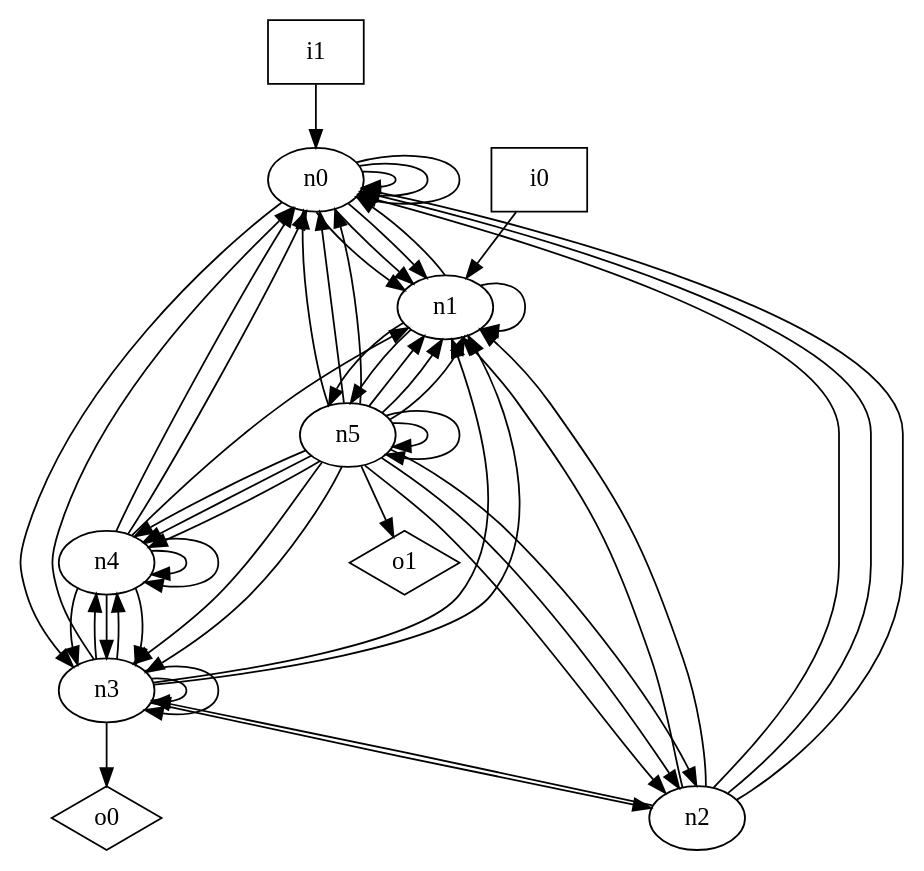
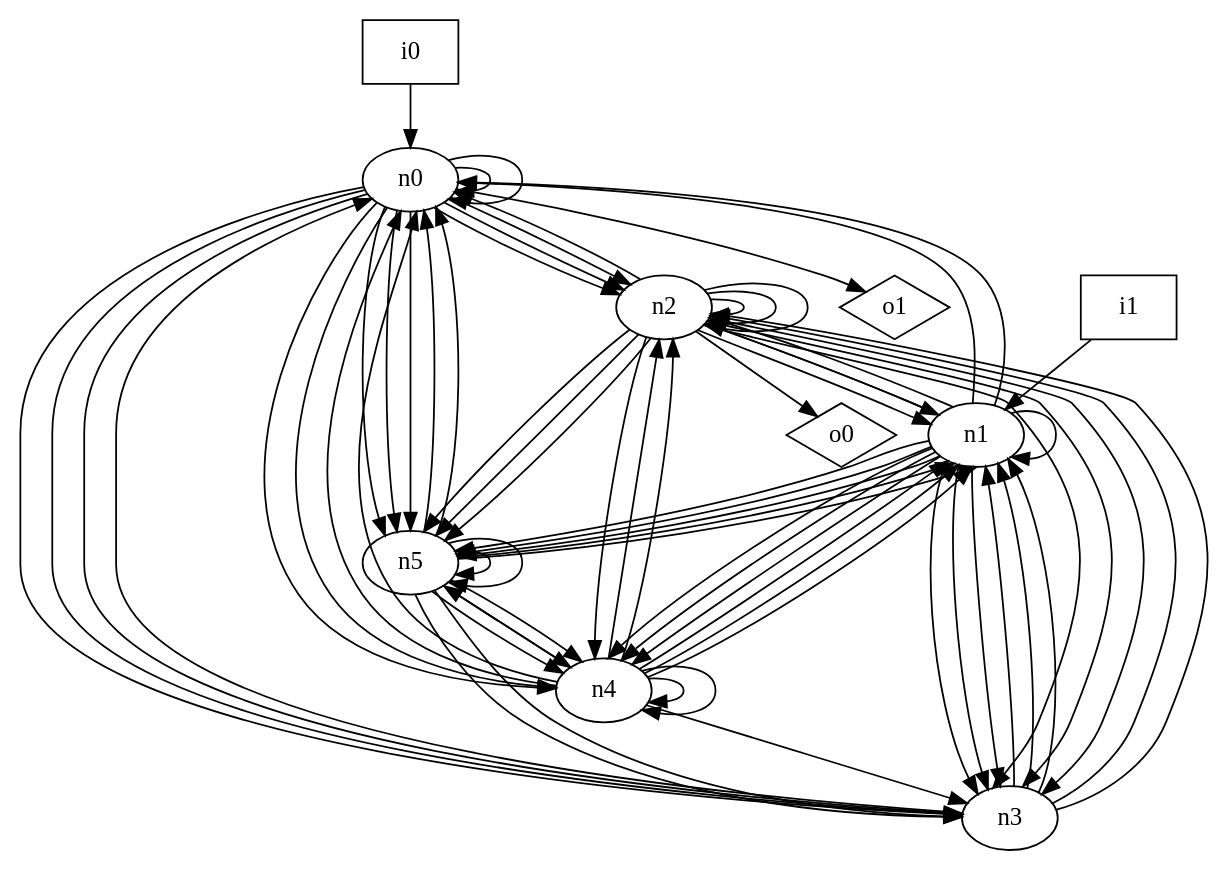
The diagram in dot_files/random/random_graph.dot (p9romain/bool-circuits), drawn with Graphviz before and after one commit. The commit also changed 22 other files, not shown here.

```diff
--- a/dot_files/random/random_graph.dot
+++ b/dot_files/random/random_graph.dot
@@ -1,65 +1,84 @@
 digraph G {
 n0 [label="n0"];
 n1 [label="n1"];
 n2 [label="n2"];
 n3 [label="n3"];
 n4 [label="n4"];
 n5 [label="n5"];
 n6 [label="i0",shape="box"];
 n7 [label="i1",shape="box"];
 n8 [label="o0",shape="diamond"];
 n9 [label="o1",shape="diamond"];
 n0 -> n0
 n0 -> n0
-n0 -> n0
-n0 -> n1
-n0 -> n1
-n0 -> n1
+n0 -> n2
+n0 -> n2
+n0 -> n2
 n0 -> n3
+n0 -> n3
+n0 -> n3
+n0 -> n4
+n0 -> n4
+n0 -> n5
+n0 -> n5
+n0 -> n5
+n0 -> n9
+n1 -> n0
 n1 -> n0
 n1 -> n1
+n1 -> n2
+n1 -> n2
+n1 -> n3
+n1 -> n3
+n1 -> n3
+n1 -> n4
+n1 -> n4
+n1 -> n4
+n1 -> n5
 n1 -> n5
 n1 -> n5
 n2 -> n0
-n2 -> n0
-n2 -> n0
 n2 -> n1
 n2 -> n1
+n2 -> n2
+n2 -> n2
+n2 -> n2
 n2 -> n3
+n2 -> n3
+n2 -> n3
+n2 -> n4
+n2 -> n5
+n2 -> n5
+n2 -> n5
+n2 -> n8
 n3 -> n0
 n3 -> n1
 n3 -> n1
+n3 -> n1
 n3 -> n2
-n3 -> n3
-n3 -> n3
-n3 -> n4
-n3 -> n4
-n3 -> n8
+n3 -> n2
 n4 -> n0
 n4 -> n0
 n4 -> n1
-n4 -> n3
-n4 -> n3
+n4 -> n1
+n4 -> n1
+n4 -> n2
+n4 -> n2
 n4 -> n3
 n4 -> n4
 n4 -> n4
-n5 -> n0
+n4 -> n5
 n5 -> n0
 n5 -> n0
 n5 -> n1
 n5 -> n1
-n5 -> n1
-n5 -> n2
-n5 -> n2
-n5 -> n2
 n5 -> n3
 n5 -> n3
 n5 -> n4
 n5 -> n4
 n5 -> n4
 n5 -> n5
 n5 -> n5
-n5 -> n9
-n6 -> n1
-n7 -> n0
+n6 -> n0
+n7 -> n1
 }
```
